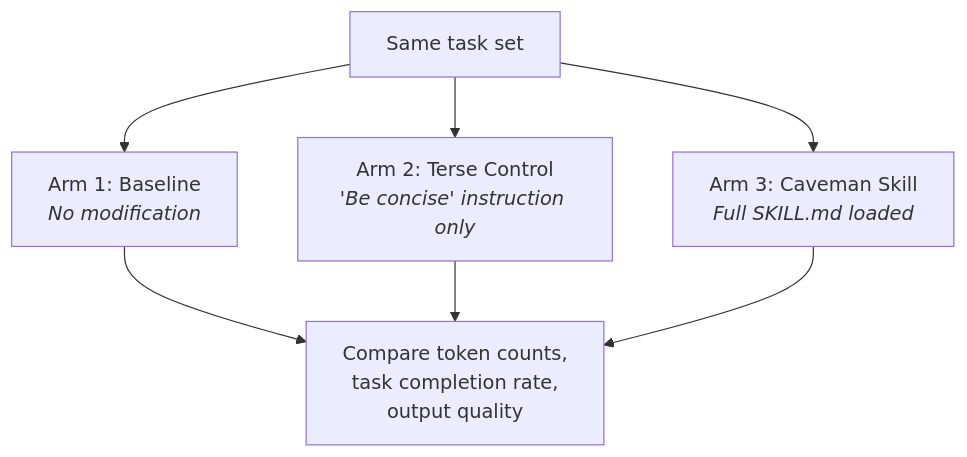
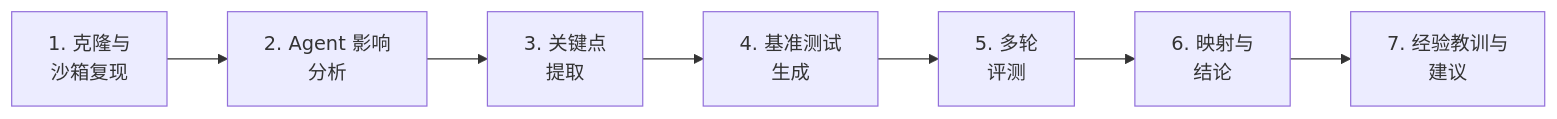
The diagram in docs/showcase/caveman-analysis.zh.md (YoRHa-Agents/NineS), drawn with Mermaid before and after one commit. The commit also changed other lines of this file and 31 other files, not shown here.

````diff
--- a/docs/showcase/caveman-analysis.zh.md
+++ b/docs/showcase/caveman-analysis.zh.md
@@ -290,9 +17,9 @@
 ```mermaid
-graph TD
-    A["Same task set"] --> B["Arm 1: Baseline<br/><i>No modification</i>"]
-    A --> C["Arm 2: Terse Control<br/><i>'Be concise' instruction only</i>"]
-    A --> D["Arm 3: Caveman Skill<br/><i>Full SKILL.md loaded</i>"]
-    B --> E["Compare token counts,<br/>task completion rate,<br/>output quality"]
-    C --> E
-    D --> E
+graph LR
+    A["1. 克隆与<br/>沙箱复现"] --> B["2. Agent 影响<br/>分析"]
+    B --> C["3. 关键点<br/>提取"]
+    C --> D["4. 基准测试<br/>生成"]
+    D --> E["5. 多轮<br/>评测"]
+    E --> F["6. 映射与<br/>结论"]
+    F --> G["7. 经验教训与<br/>建议"]
 ```
````
